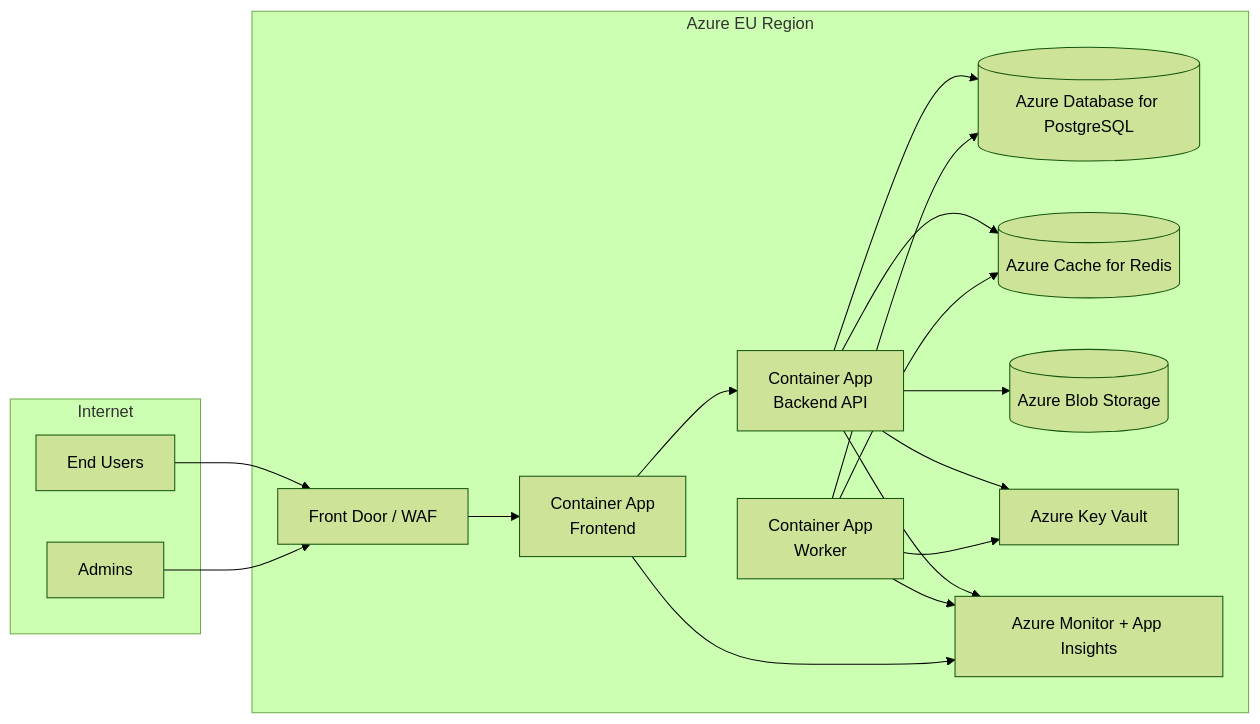
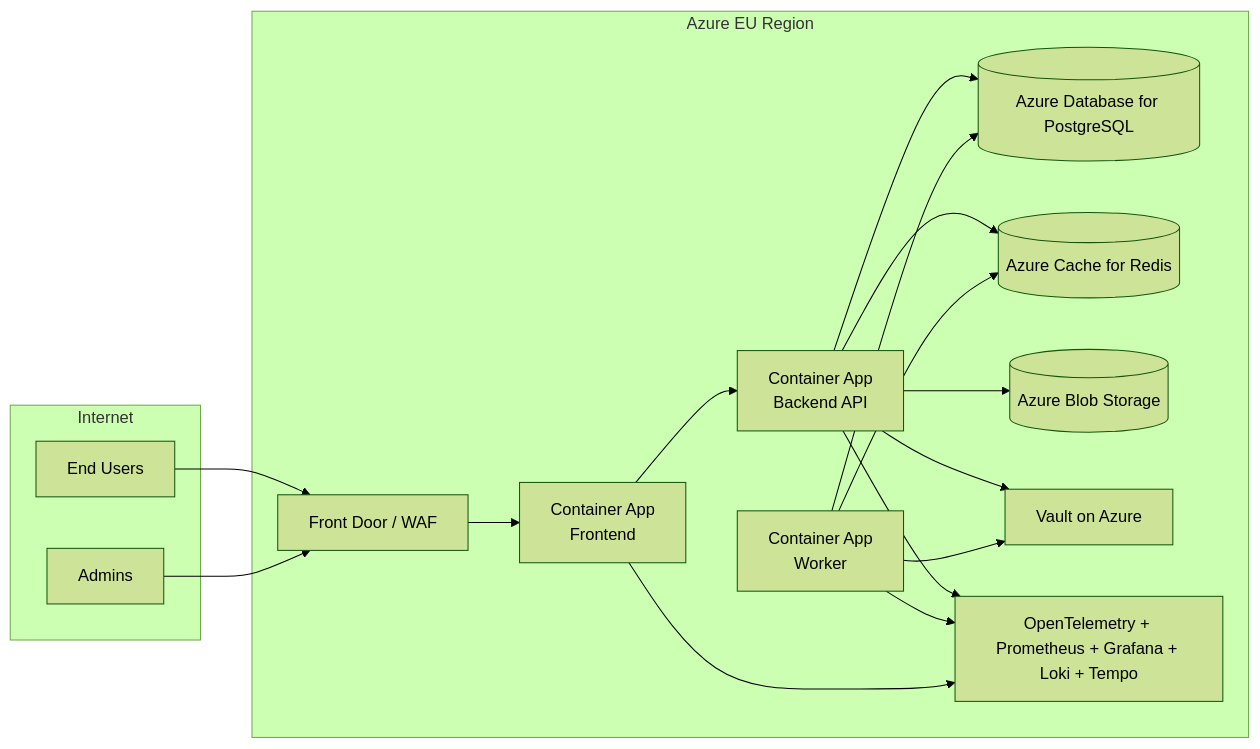
The diagram in docs/diagrams/04-azure-deployment.md (SVESSENC/VATfolder), drawn with Mermaid (forest theme) before and after one commit. The commit also changed 36 other files, not shown here.

````diff
--- a/docs/diagrams/04-azure-deployment.md
+++ b/docs/diagrams/04-azure-deployment.md
@@ -3,34 +3,34 @@
 ```mermaid
 flowchart LR
   subgraph Internet
     U[End Users]
     A[Admins]
   end
 
   subgraph Azure_EU[Azure EU Region]
     FD[Front Door / WAF]
     ACA1[Container App\nFrontend]
     ACA2[Container App\nBackend API]
     ACA3[Container App\nWorker]
     PG[(Azure Database for PostgreSQL)]
     RC[(Azure Cache for Redis)]
     BL[(Azure Blob Storage)]
-    KV[Azure Key Vault]
-    MON[Azure Monitor + App Insights]
+    KV[Vault on Azure]
+    MON[OpenTelemetry + Prometheus + Grafana + Loki + Tempo]
   end
 
   U --> FD
   A --> FD
   FD --> ACA1
   ACA1 --> ACA2
   ACA2 --> PG
   ACA2 --> RC
   ACA2 --> BL
   ACA2 --> KV
   ACA3 --> RC
   ACA3 --> PG
   ACA3 --> KV
   ACA2 --> MON
   ACA3 --> MON
   ACA1 --> MON
 ```
````
